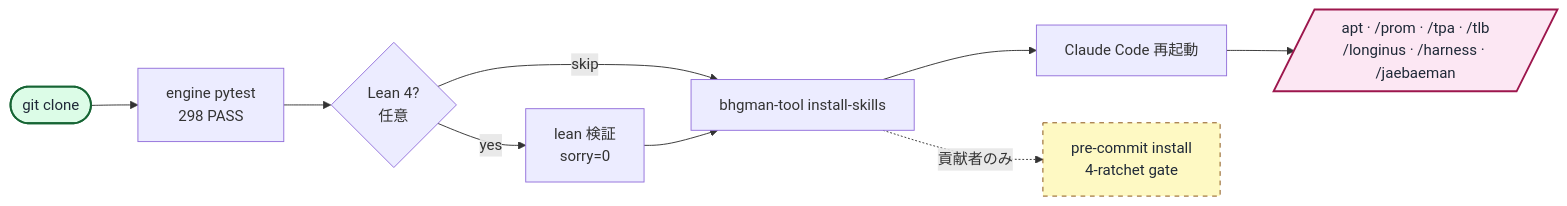
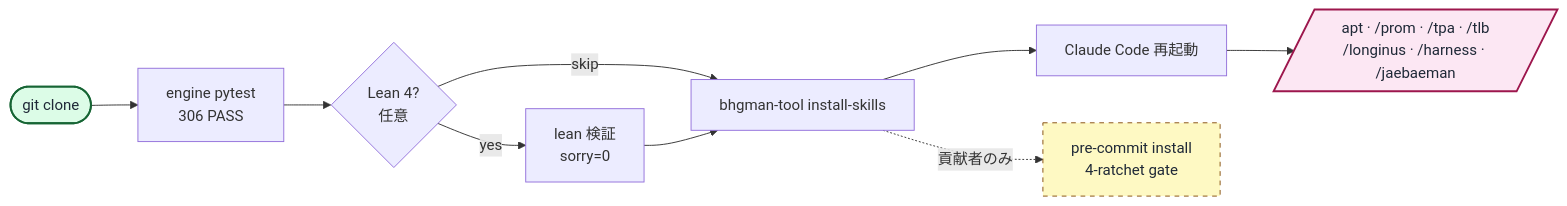
The diagram in README.ja-JP.md (gj3447/bhgman_tool), drawn with Mermaid before and after one commit. The commit also changed other lines of this file and 11 other files, not shown here.

````diff
--- a/README.ja-JP.md
+++ b/README.ja-JP.md
@@ -88,18 +88,18 @@
 ```mermaid
 flowchart LR
-    A([git clone]) --> B[engine pytest<br/>298 PASS]
+    A([git clone]) --> B[engine pytest<br/>306 PASS]
     B --> C{Lean 4?<br/>任意}
     C -- yes --> D[lean 検証<br/>sorry=0]
     C -- skip --> E[bhgman-tool install-skills]
     D --> E
     E --> F[Claude Code 再起動]
     F --> G[/apt · /prom · /tpa · /tlb<br/>/longinus · /harness · /jaebaeman/]
     E -. 貢献者のみ .-> H[pre-commit install<br/>4-ratchet gate]
 
     classDef startNode fill:#dcfce7,stroke:#166534,stroke-width:2px,color:#1f2937
     classDef endNode fill:#fce7f3,stroke:#9d174d,stroke-width:2px,color:#1f2937
     classDef optNode fill:#fef9c3,stroke:#854d0e,stroke-width:1px,stroke-dasharray:5 5,color:#1f2937
     class A startNode
     class G endNode
     class H optNode
 ```
````
